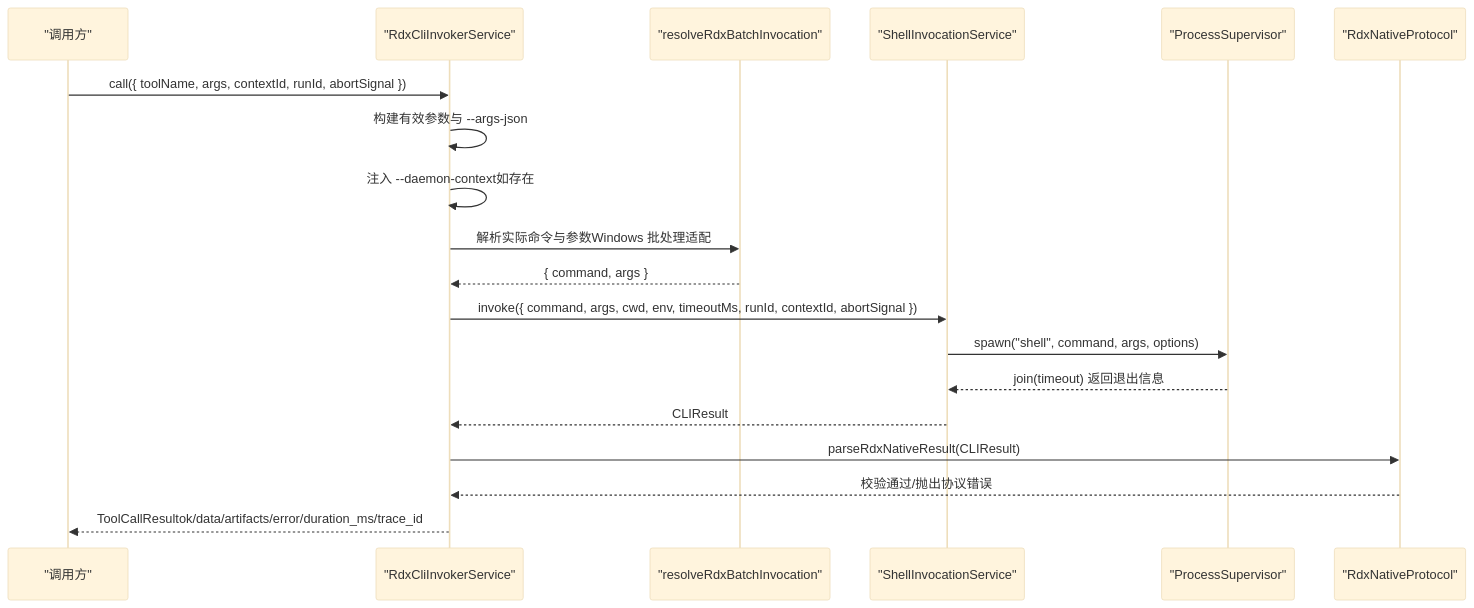
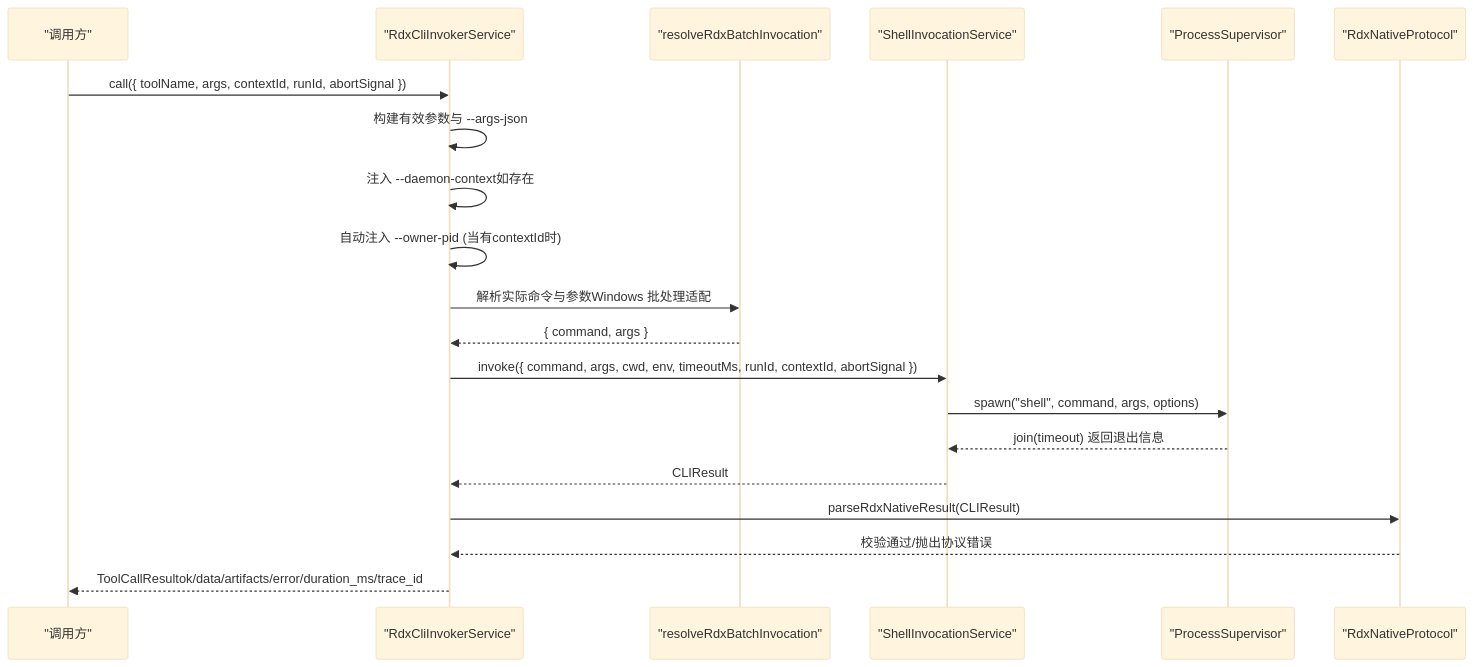
The second of 6 diagrams in .qoder/repowiki/zh/content/核心模块/工具系统/RDX CLI 调用器.md (haolange/RDC-Agent), drawn with Mermaid (base theme) before and after one commit. The commit also changed other lines of this file and 28 other files, not shown here.

````diff
--- a/.qoder/repowiki/zh/content/核心模块/工具系统/RDX CLI 调用器.md
+++ b/.qoder/repowiki/zh/content/核心模块/工具系统/RDX CLI 调用器.md
@@ -83,21 +94,22 @@
 ```mermaid
 sequenceDiagram
 participant Caller as "调用方"
 participant Service as "RdxCliInvokerService"
 participant Resolver as "resolveRdxBatchInvocation"
 participant Shell as "ShellInvocationService"
 participant Proc as "ProcessSupervisor"
 participant Protocol as "RdxNativeProtocol"
 Caller->>Service : call({ toolName, args, contextId, runId, abortSignal })
 Service->>Service : 构建有效参数与 --args-json
 Service->>Service : 注入 --daemon-context如存在
+Service->>Service : 自动注入 --owner-pid (当有contextId时)
 Service->>Resolver : 解析实际命令与参数Windows 批处理适配
 Resolver-->>Service : { command, args }
 Service->>Shell : invoke({ command, args, cwd, env, timeoutMs, runId, contextId, abortSignal })
 Shell->>Proc : spawn("shell", command, args, options)
 Proc-->>Shell : join(timeout) 返回退出信息
 Shell-->>Service : CLIResult
 Service->>Protocol : parseRdxNativeResult(CLIResult)
 Protocol-->>Service : 校验通过/抛出协议错误
 Service-->>Caller : ToolCallResultok/data/artifacts/error/duration_ms/trace_id
 ```
````
